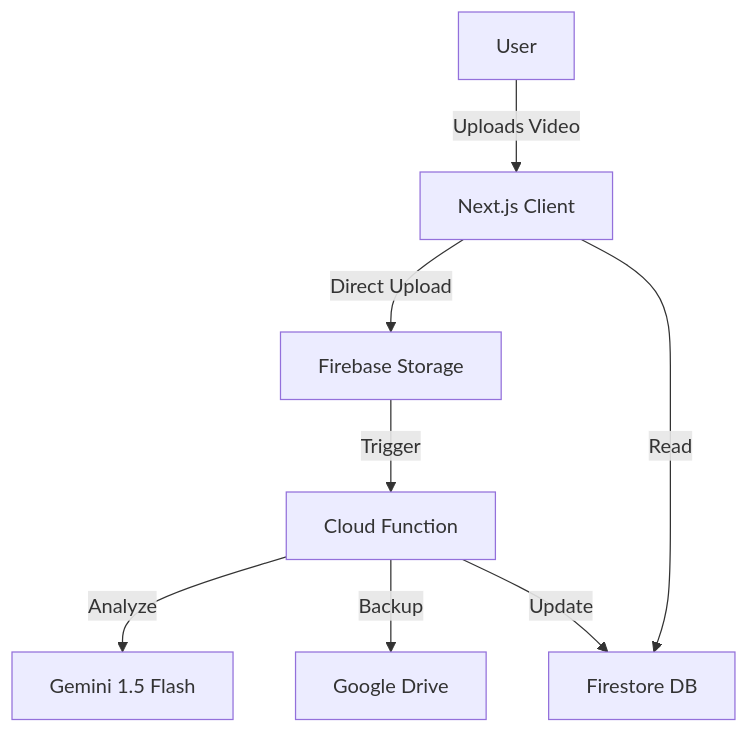
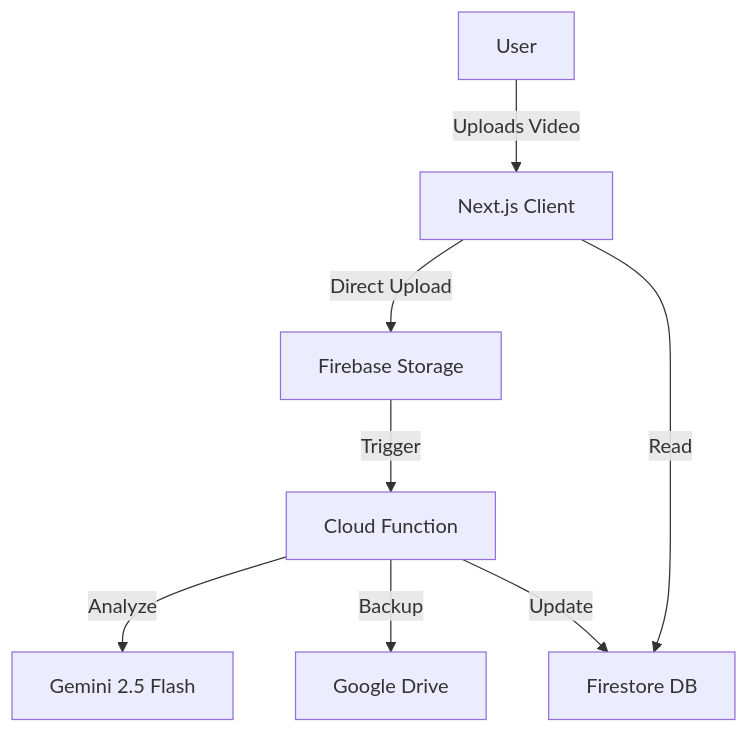
The diagram in README.md (Duhvid143/cadafilms), drawn with Mermaid before and after one commit. The commit also changed other lines of this file, not shown here.

Commit message:
Update AI Analysis version from 1.5 to 2.5

````diff
--- a/README.md
+++ b/README.md
@@ -16,10 +16,10 @@
 ```mermaid
 graph TD
     User[User] -->|Uploads Video| Client[Next.js Client]
     Client -->|Direct Upload| Storage[Firebase Storage]
     Storage -->|Trigger| Function[Cloud Function]
-    Function -->|Analyze| Gemini[Gemini 1.5 Flash]
+    Function -->|Analyze| Gemini[Gemini 2.5 Flash]
     Function -->|Backup| Drive[Google Drive]
     Function -->|Update| Firestore[Firestore DB]
     Client -->|Read| Firestore
 ```
````
